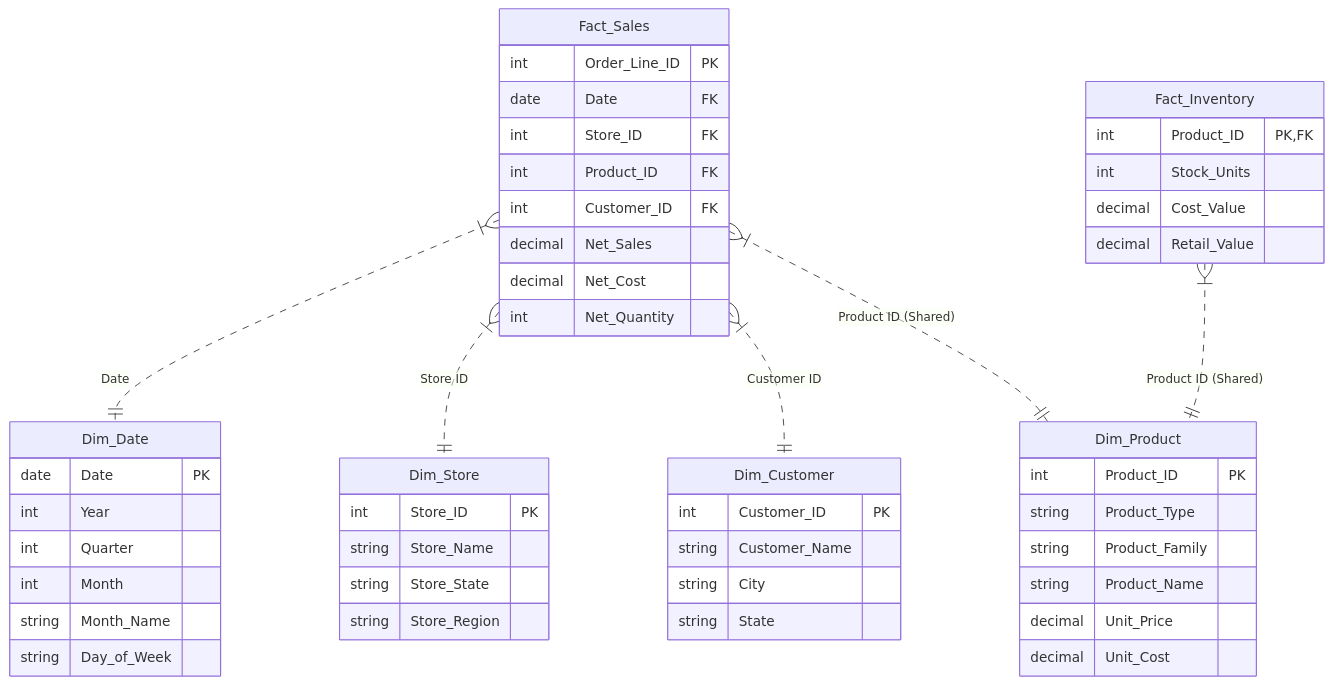
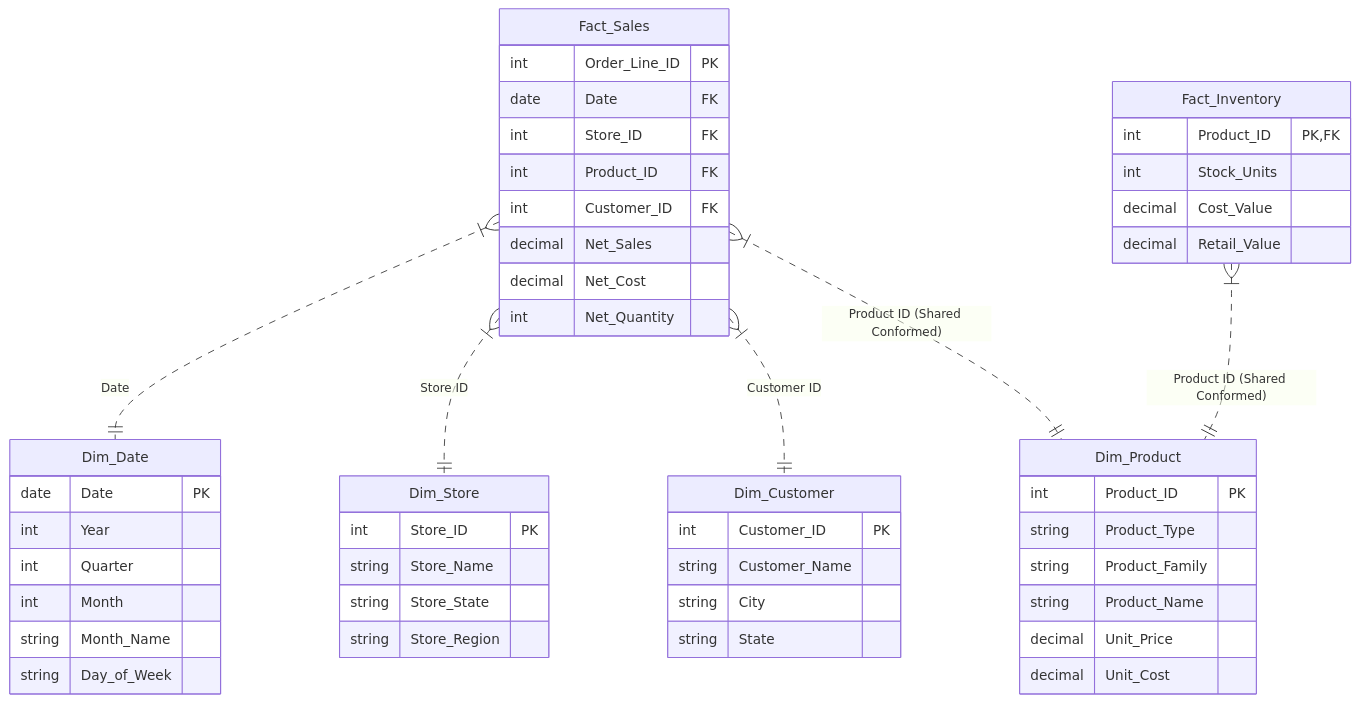
One commit to Akshay-Notfound/supply-chain changed the diagram in README.md. Above: the diagram before and after it, drawn with Mermaid. The commit also changed other lines of this file and 3 other files, not shown here.

Commit message:
feat(readme): add animated KPI ticker, animated data pipeline flow, and cinematic showcase

````diff
--- a/README.md
+++ b/README.md
@@ -88,58 +111,58 @@
 ```mermaid
 erDiagram
     Fact_Sales }|..|| Dim_Date : "Date"
     Fact_Sales }|..|| Dim_Store : "Store ID"
     Fact_Sales }|..|| Dim_Customer : "Customer ID"
-    Fact_Sales }|..|| Dim_Product : "Product ID (Shared)"
-    Fact_Inventory }|..|| Dim_Product : "Product ID (Shared)"
+    Fact_Sales }|..|| Dim_Product : "Product ID (Shared Conformed)"
+    Fact_Inventory }|..|| Dim_Product : "Product ID (Shared Conformed)"
     
     Fact_Sales {
         int Order_Line_ID PK
         date Date FK
         int Store_ID FK
         int Product_ID FK
         int Customer_ID FK
         decimal Net_Sales
         decimal Net_Cost
         int Net_Quantity
     }
     
     Fact_Inventory {
         int Product_ID PK,FK
         int Stock_Units
         decimal Cost_Value
         decimal Retail_Value
     }
     
     Dim_Product {
         int Product_ID PK
         string Product_Type
         string Product_Family
         string Product_Name
         decimal Unit_Price
         decimal Unit_Cost
     }
 
     Dim_Store {
         int Store_ID PK
         string Store_Name
         string Store_State
         string Store_Region
     }
 
     Dim_Date {
         date Date PK
         int Year
         int Quarter
         int Month
         string Month_Name
         string Day_of_Week
     }
 
     Dim_Customer {
         int Customer_ID PK
         string Customer_Name
         string City
         string State
     }
 ```
````
